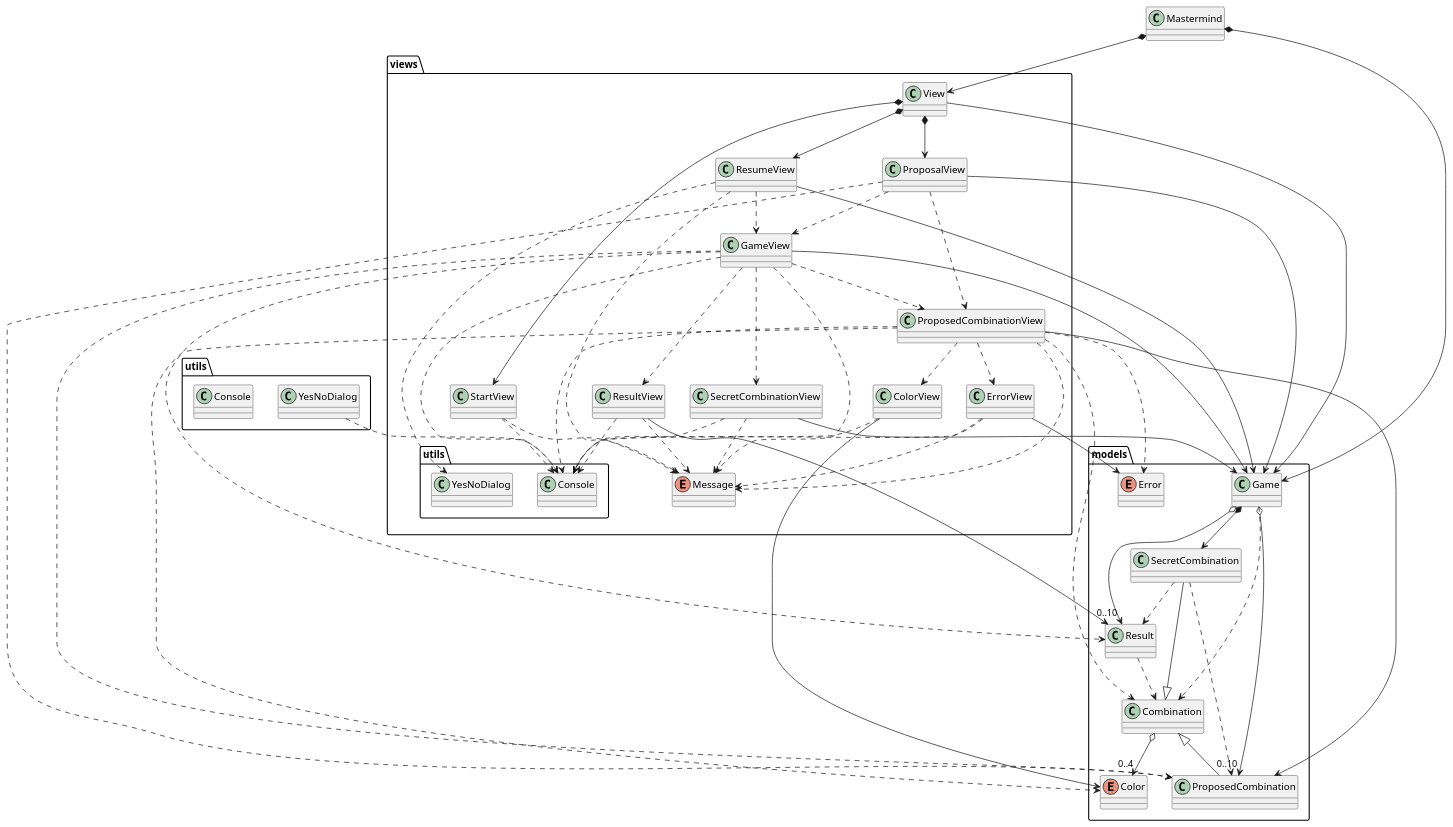
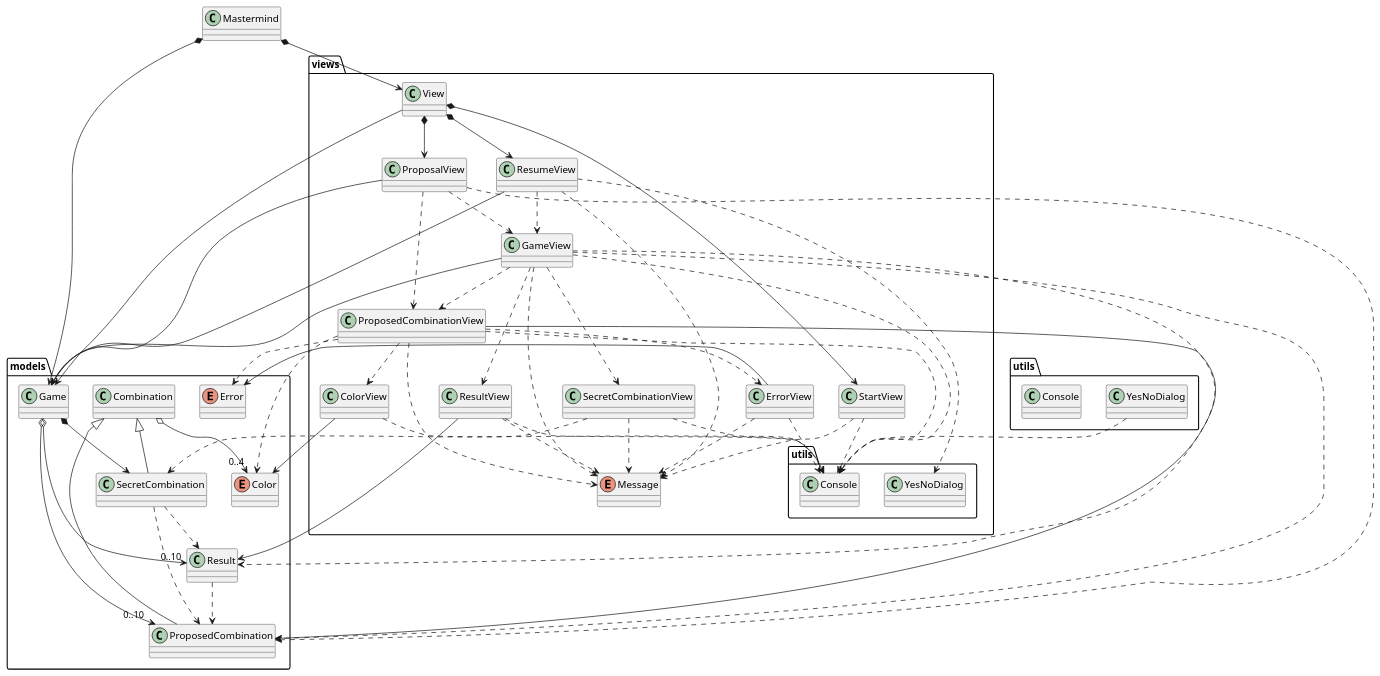
The diagram in mastermind/diagramas/Vista-modelo.puml (Master-Desarrollo-20-21/diseno-oo-ejercicio2-mastermind-document-view-menthil), drawn with PlantUML before and after one commit. The commit also changed 9 other files, not shown here.

```diff
--- a/mastermind/diagramas/Vista-modelo.puml
+++ b/mastermind/diagramas/Vista-modelo.puml
@@ -1,111 +1,109 @@
 @startuml Vista-modelo
 
 Class Mastermind
 
 Mastermind *--> models.Game
 Mastermind *--> views.View
 
 Package models <<Folder>> {
 
     Class Game
     Game *--> SecretCombination
     Game o--> "0..10" ProposedCombination
     Game o--> "0..10" Result
-    Game ..> Combination
 
     Class Combination
     Combination <|-- SecretCombination
     Combination <|-- ProposedCombination
     Combination o--> "0..4" Color
 
     Class SecretCombination
     SecretCombination ..> ProposedCombination
     SecretCombination ..> Result
 
     Class ProposedCombination
 
     Class Result
-    Result ..> Combination
+    Result ..> ProposedCombination
 
     Enum Error
 
     Enum Color
 
 }
 
 Package views <<Folder>> {
 
     Class View
     View --> models.Game
     View *--> StartView
     View *--> ProposalView
     View *--> ResumeView
 
     Class StartView
     StartView ..> Message
     StartView ..> utils.Console
 
     Class ProposalView
     ProposalView --> models.Game
     ProposalView ..> GameView
     ProposalView ..> models.ProposedCombination
     ProposalView ..> ProposedCombinationView
 
     Class GameView
     GameView --> models.Game
     GameView ..> utils.Console
     GameView ..> Message
     GameView ..> SecretCombinationView
     GameView ..> models.ProposedCombination
     GameView ..> ProposedCombinationView
     GameView ..> models.Result
     GameView ..> ResultView
 
     Class SecretCombinationView
-    SecretCombinationView --> models.Game
+    SecretCombinationView ..> models.SecretCombination
     SecretCombinationView ..> utils.Console
     SecretCombinationView ..> Message
 
     Class ResultView
     ResultView --> models.Result
     ResultView ..> utils.Console
     ResultView ..> Message
 
     Class ProposedCombinationView
     ProposedCombinationView --> models.ProposedCombination
     ProposedCombinationView ..> utils.Console
     ProposedCombinationView ..> models.Error
     ProposedCombinationView ..> Message
     ProposedCombinationView ..> models.Color
     ProposedCombinationView ..> ColorView
-    ProposedCombinationView ..> models.Combination
     ProposedCombinationView ..> ErrorView
 
     Class ErrorView
     ErrorView --> models.Error
     ErrorView ..> utils.Console
     ErrorView ..> Message
 
     Class ColorView
     ColorView --> models.Color
     ColorView ..> utils.Console
 
     Class ResumeView
     ResumeView --> models.Game
     ResumeView ..> GameView
     ResumeView ..> utils.YesNoDialog
     ResumeView ..> Message
 
     Enum Message
 
 }
 
 Package utils <<Folder>> {
     Class YesNoDialog
     YesNoDialog ..> Console
 
     Class Console
 
 }
 
 @enduml
```
